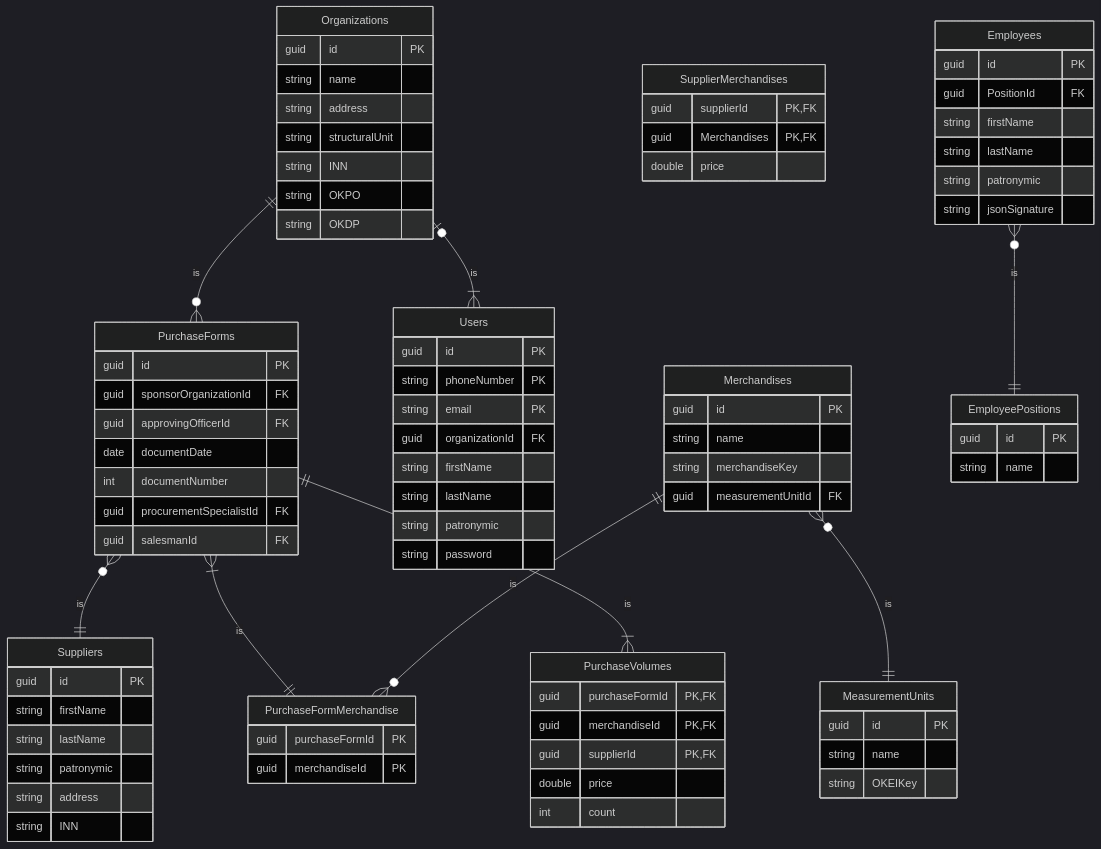
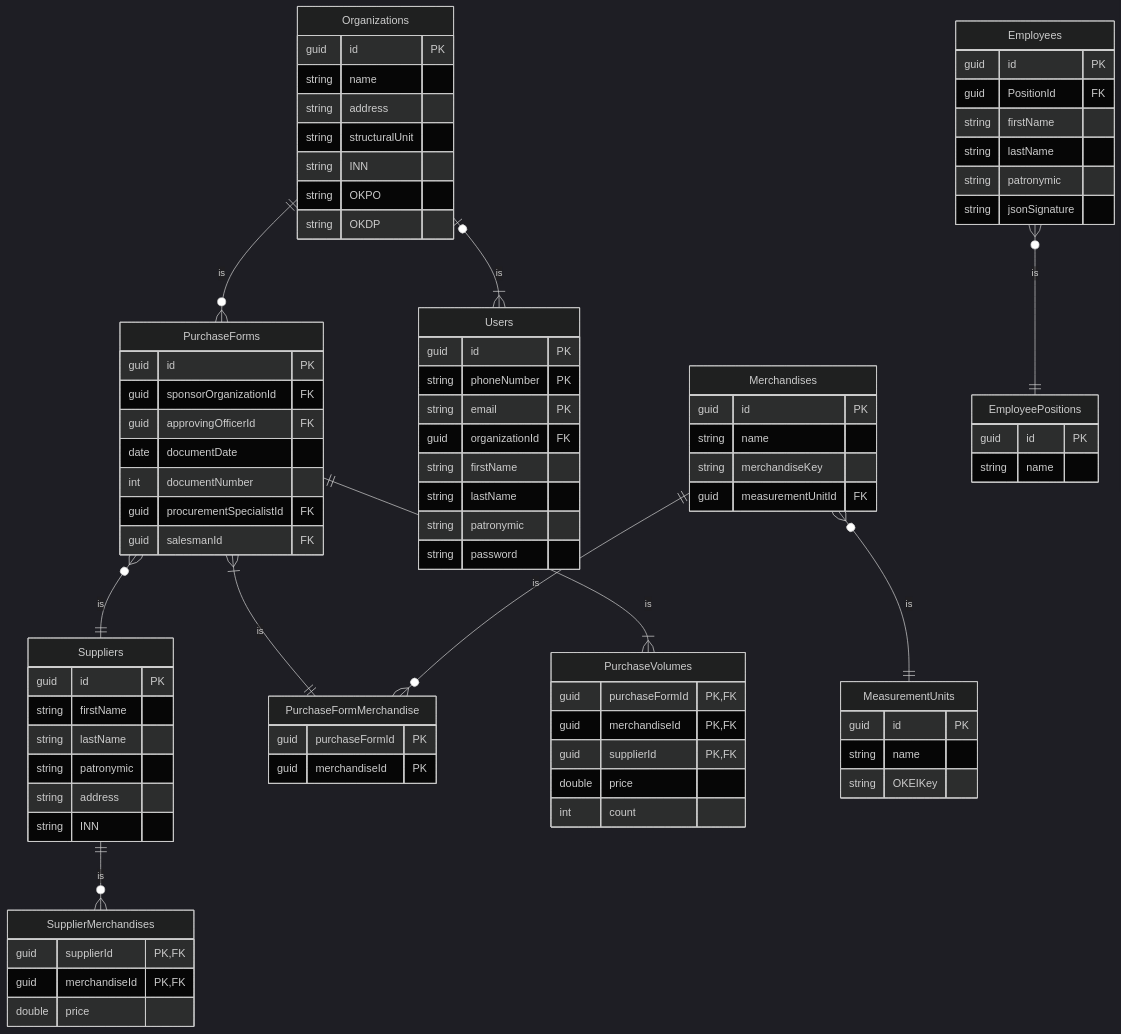
The diagram in README.md (Pipotka/AutomationOfThePurchasingActOfRestaurant), drawn with Mermaid (dark theme) before and after one commit.

Commit message:
Добавил связь между SupplierMerchandises и Suppliers

```diff
--- a/README.md
+++ b/README.md
@@ -30,6 +30,7 @@
         string OKDP
     }
 
+    Suppliers ||--o{ SupplierMerchandises : is
     Suppliers{
         guid id PK
         string firstName
@@ -41,7 +42,7 @@
 
     SupplierMerchandises{
         guid supplierId PK,FK
-        guid Merchandises PK,FK
+        guid merchandiseId PK,FK
         double price
     }
 
```
